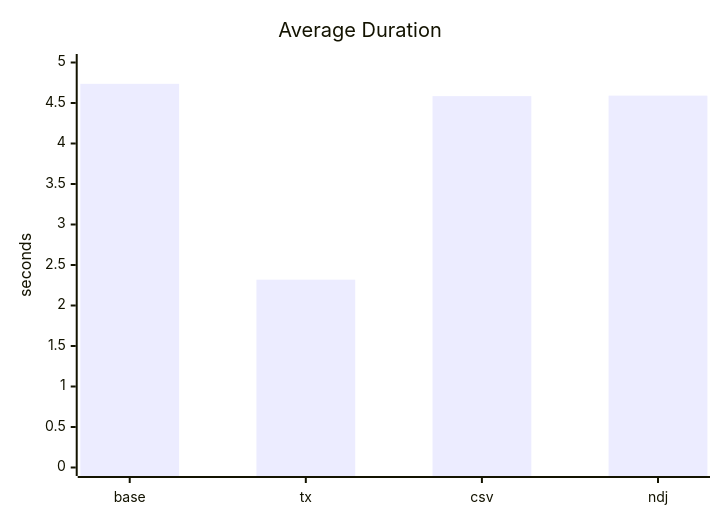
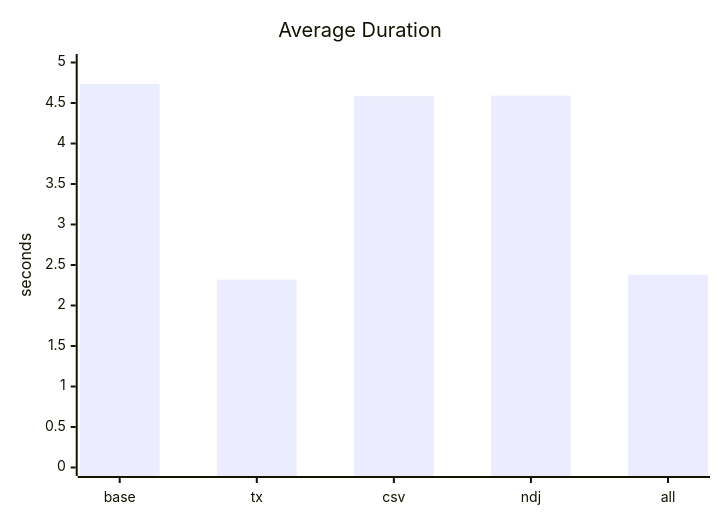
Before and after one commit to Raynhardt-Van-Zyl/noda-interview: the second of 6 diagrams in METRICS.md, drawn with Mermaid. The commit also changed other lines of this file, not shown here.

````diff
--- a/METRICS.md
+++ b/METRICS.md
@@ -77,7 +80,7 @@
 ```mermaid
 xychart-beta
     title "Average Duration"
-    x-axis ["base", "tx", "csv", "ndj"]
+    x-axis ["base", "tx", "csv", "ndj", "all"]
     y-axis "seconds" 0 --> 5
-    bar [4.737, 2.319, 4.585, 4.591]
+    bar [4.737, 2.319, 4.585, 4.591, 2.380]
 ```
````
